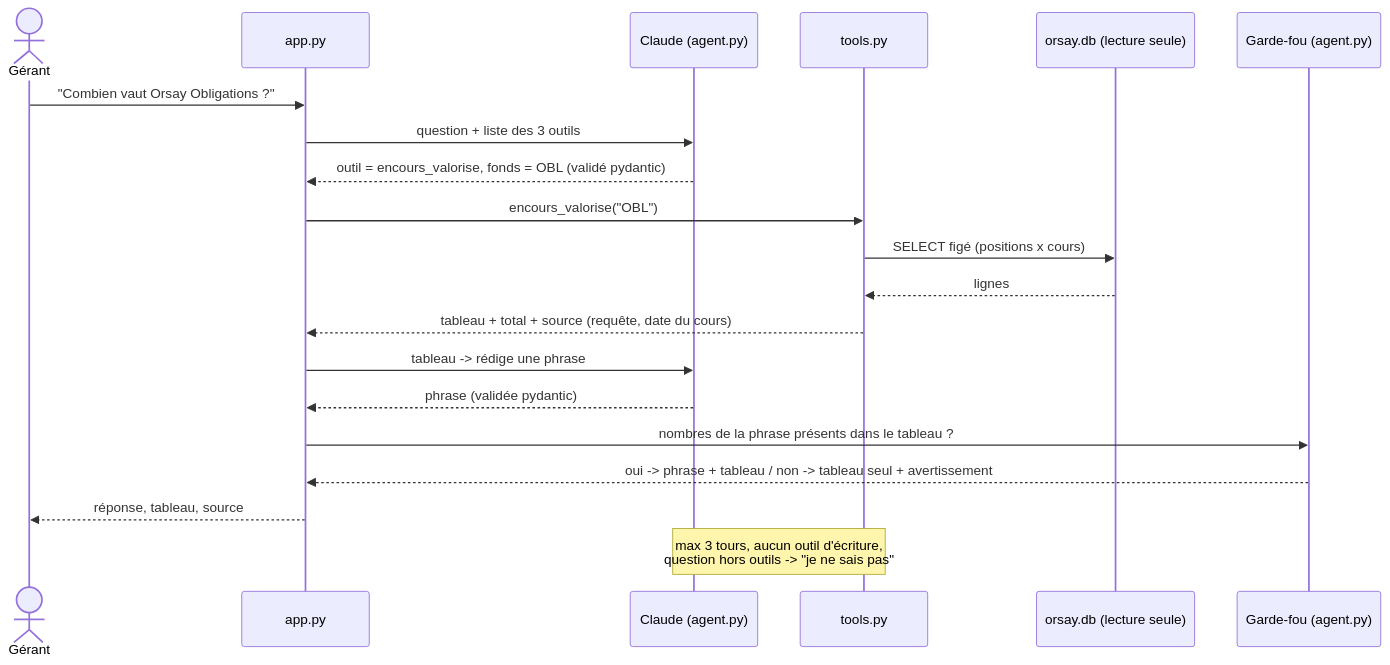
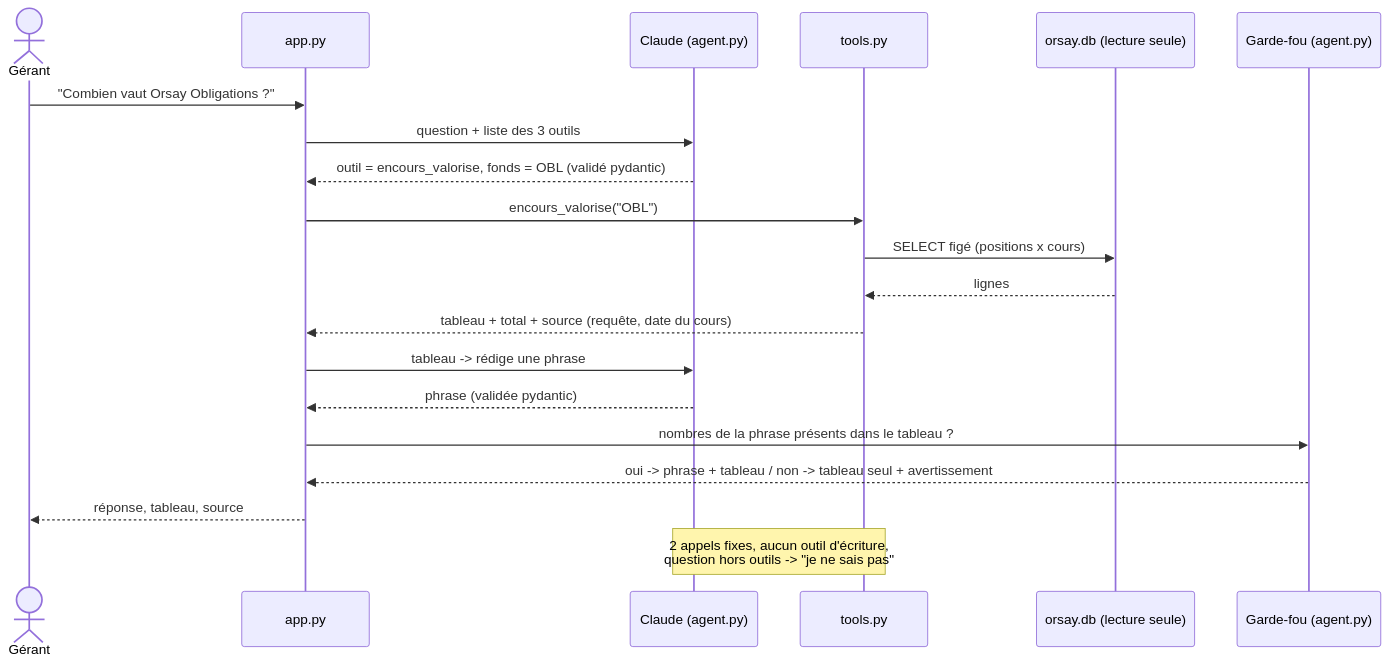
One commit to erwangto/saify-orsay changed the third of 3 diagrams in ARCHITECTURE.md. Above: the diagram before and after it, drawn with Mermaid. The commit also changed other lines of this file and 5 other files, not shown here.

````diff
--- a/ARCHITECTURE.md
+++ b/ARCHITECTURE.md
@@ -81,23 +81,23 @@
 ```mermaid
 sequenceDiagram
     actor G as Gérant
     participant UI as app.py
     participant LLM as Claude (agent.py)
     participant T as tools.py
     participant DB as orsay.db (lecture seule)
     participant GF as Garde-fou (agent.py)
 
     G->>UI: "Combien vaut Orsay Obligations ?"
     UI->>LLM: question + liste des 3 outils
     LLM-->>UI: outil = encours_valorise, fonds = OBL (validé pydantic)
     UI->>T: encours_valorise("OBL")
     T->>DB: SELECT figé (positions x cours)
     DB-->>T: lignes
     T-->>UI: tableau + total + source (requête, date du cours)
     UI->>LLM: tableau -> rédige une phrase
     LLM-->>UI: phrase (validée pydantic)
     UI->>GF: nombres de la phrase présents dans le tableau ?
     GF-->>UI: oui -> phrase + tableau / non -> tableau seul + avertissement
     UI-->>G: réponse, tableau, source
-    Note over LLM,T: max 3 tours, aucun outil d'écriture,<br/>question hors outils -> "je ne sais pas"
+    Note over LLM,T: 2 appels fixes, aucun outil d'écriture,<br/>question hors outils -> "je ne sais pas"
 ```
````
